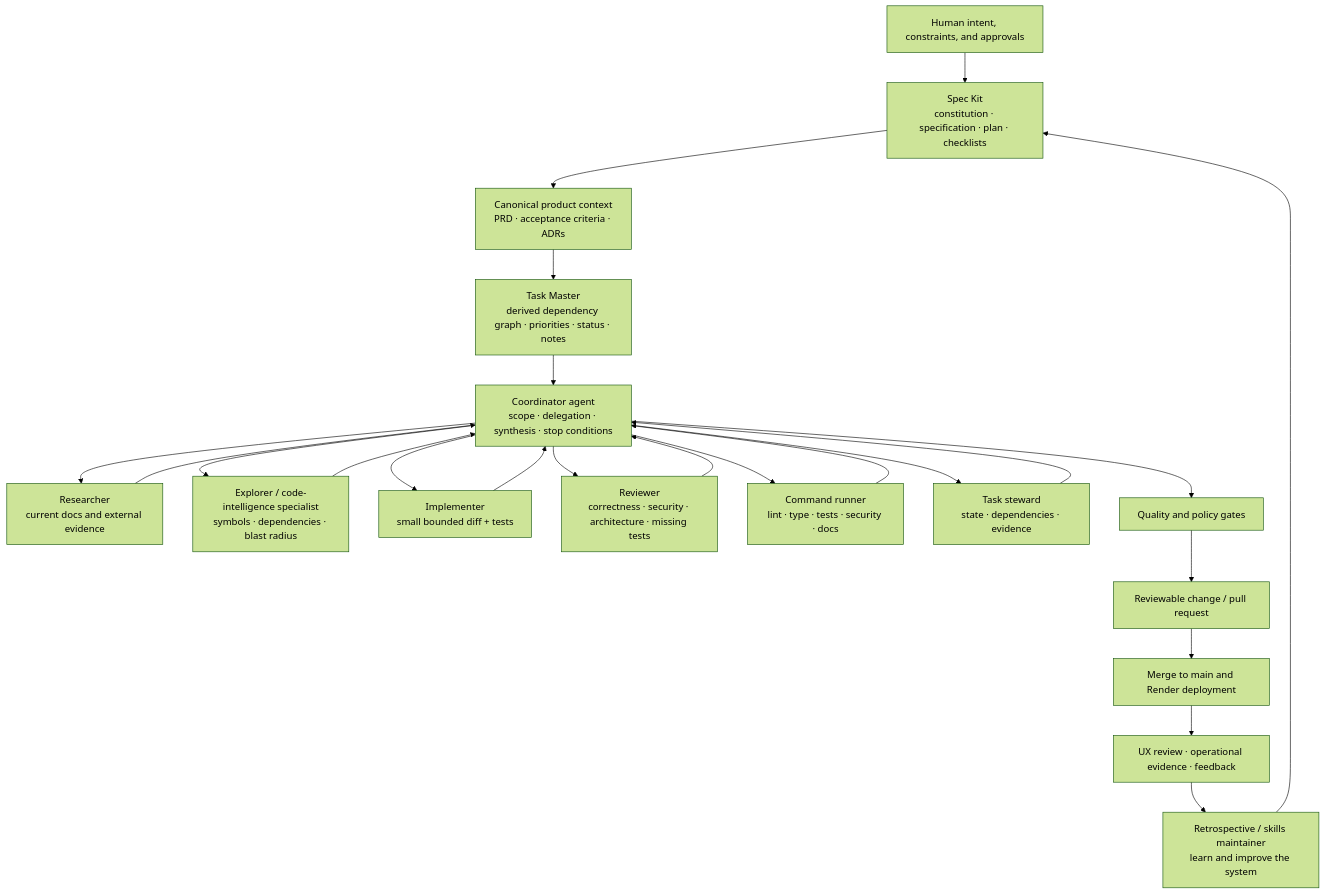
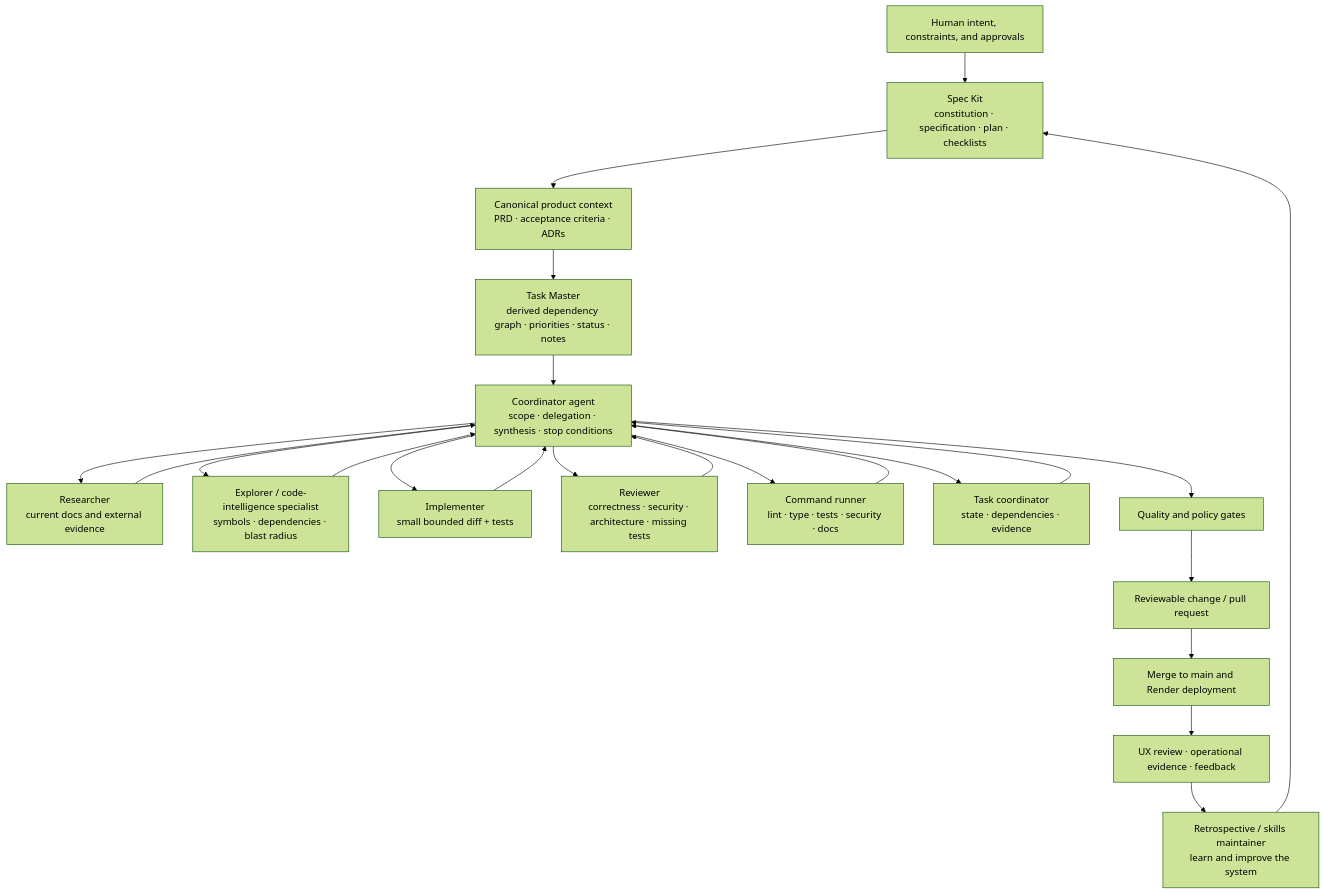
One commit to geehexx/library-ops changed the second of 5 diagrams in README.md. Above: the diagram before and after it, drawn with Mermaid (forest theme). The commit also changed other lines of this file and 3 other files, not shown here.

````diff
--- a/README.md
+++ b/README.md
@@ -197,37 +197,37 @@
 ```mermaid
 flowchart TD
     H[Human intent, constraints, and approvals]
     S[Spec Kit<br/>constitution · specification · plan · checklists]
     P[Canonical product context<br/>PRD · acceptance criteria · ADRs]
     T[Task Master<br/>derived dependency graph · priorities · status · notes]
     C[Coordinator agent<br/>scope · delegation · synthesis · stop conditions]
 
     R[Researcher<br/>current docs and external evidence]
     E[Explorer / code-intelligence specialist<br/>symbols · dependencies · blast radius]
     I[Implementer<br/>small bounded diff + tests]
     V[Reviewer<br/>correctness · security · architecture · missing tests]
     X[Command runner<br/>lint · type · tests · security · docs]
-    M[Task steward<br/>state · dependencies · evidence]
+    M[Task coordinator<br/>state · dependencies · evidence]
     L[Retrospective / skills maintainer<br/>learn and improve the system]
 
     G[Quality and policy gates]
     PR[Reviewable change / pull request]
     D[Merge to main and Render deployment]
     O[UX review · operational evidence · feedback]
 
     H --> S --> P --> T --> C
     C --> R
     C --> E
     C --> I
     C --> V
     C --> X
     C --> M
     R --> C
     E --> C
     I --> C
     V --> C
     X --> C
     M --> C
     C --> G --> PR --> D --> O --> L
     L --> S
 ```
````
